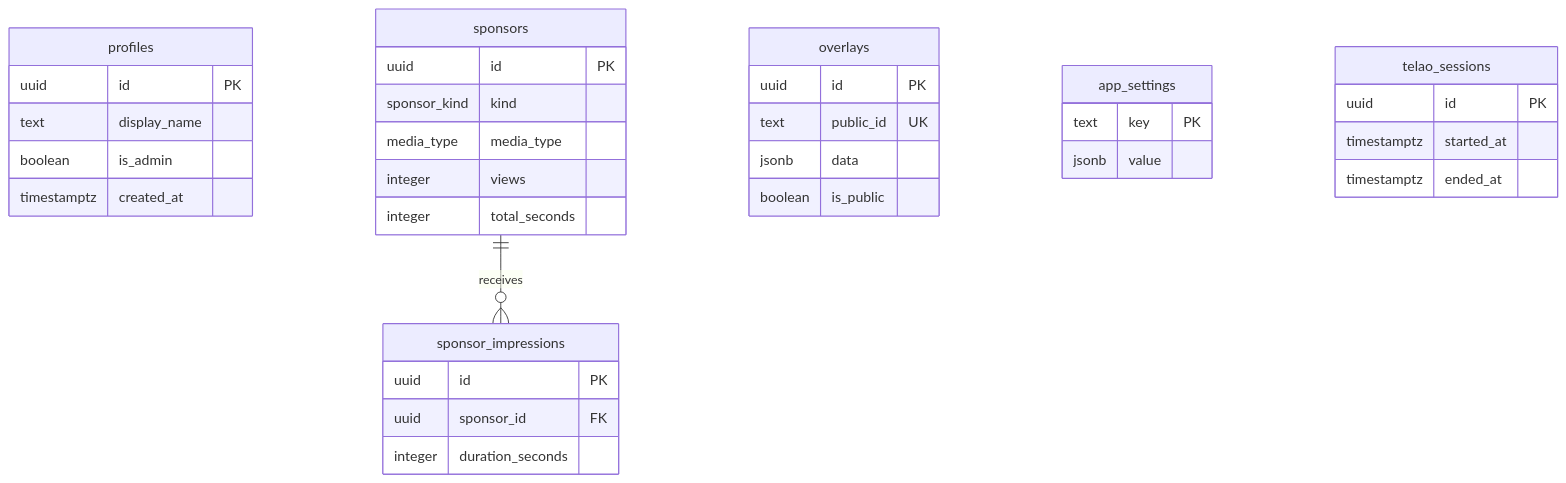
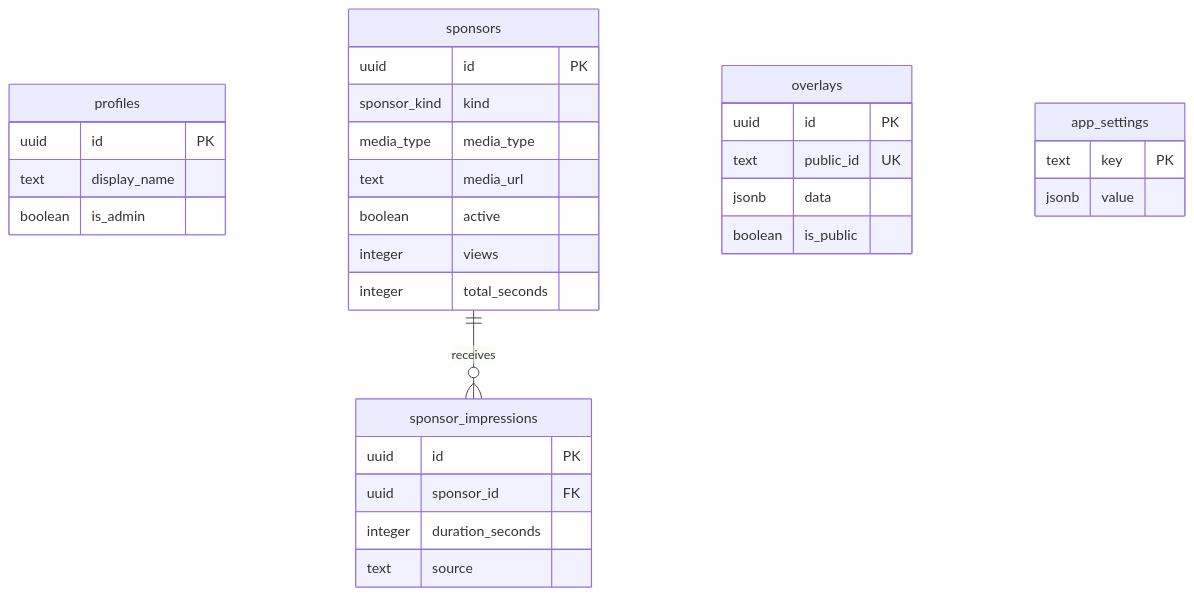
The first of 2 diagrams in docs/banco-de-dados.md (victorpessoa-dev/pascom-stream-view), drawn with Mermaid before and after one commit. The commit also changed other lines of this file and 22 other files, not shown here.

````diff
--- a/docs/banco-de-dados.md
+++ b/docs/banco-de-dados.md
@@ -18,37 +14,34 @@
 ```mermaid
 erDiagram
   profiles {
     uuid id PK
     text display_name
     boolean is_admin
-    timestamptz created_at
   }
   sponsors {
     uuid id PK
     sponsor_kind kind
     media_type media_type
+    text media_url
+    boolean active
     integer views
     integer total_seconds
   }
   overlays {
     uuid id PK
     text public_id UK
     jsonb data
     boolean is_public
   }
   app_settings {
     text key PK
     jsonb value
   }
-  telao_sessions {
-    uuid id PK
-    timestamptz started_at
-    timestamptz ended_at
-  }
   sponsor_impressions {
     uuid id PK
     uuid sponsor_id FK
     integer duration_seconds
+    text source
   }
   sponsors ||--o{ sponsor_impressions : receives
 ```
````
